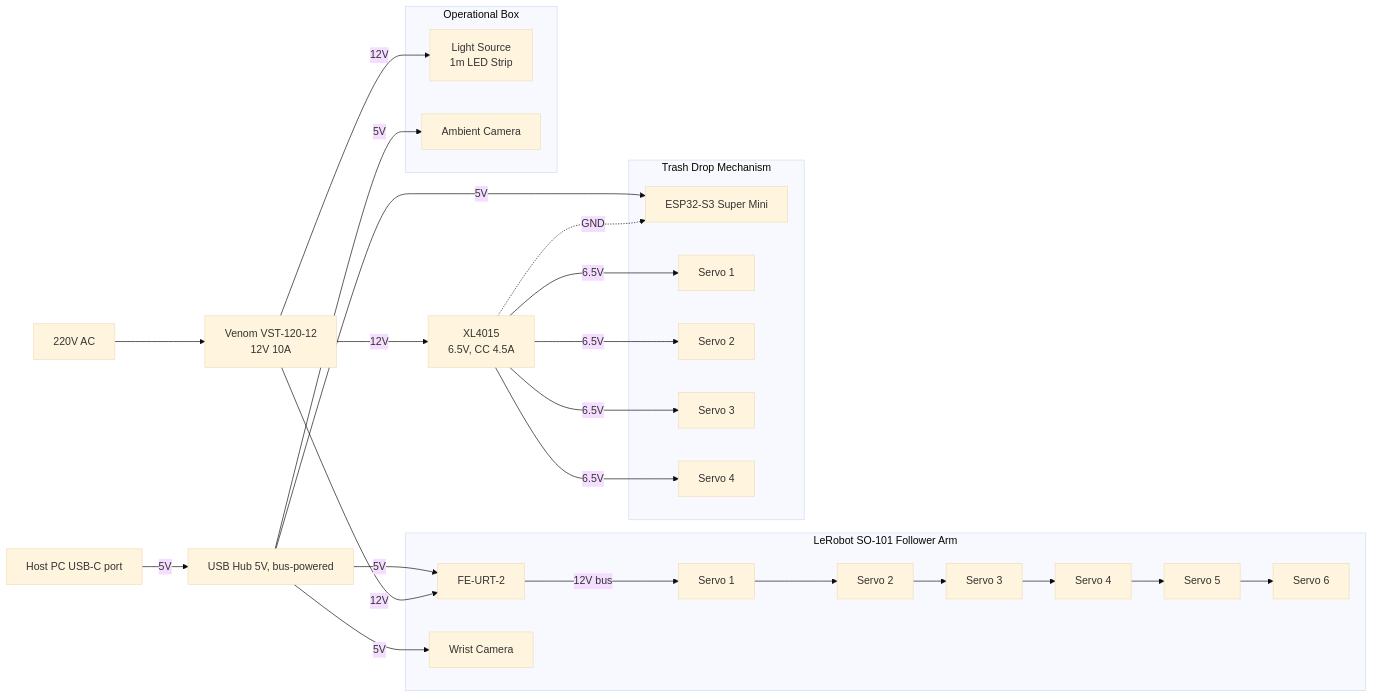
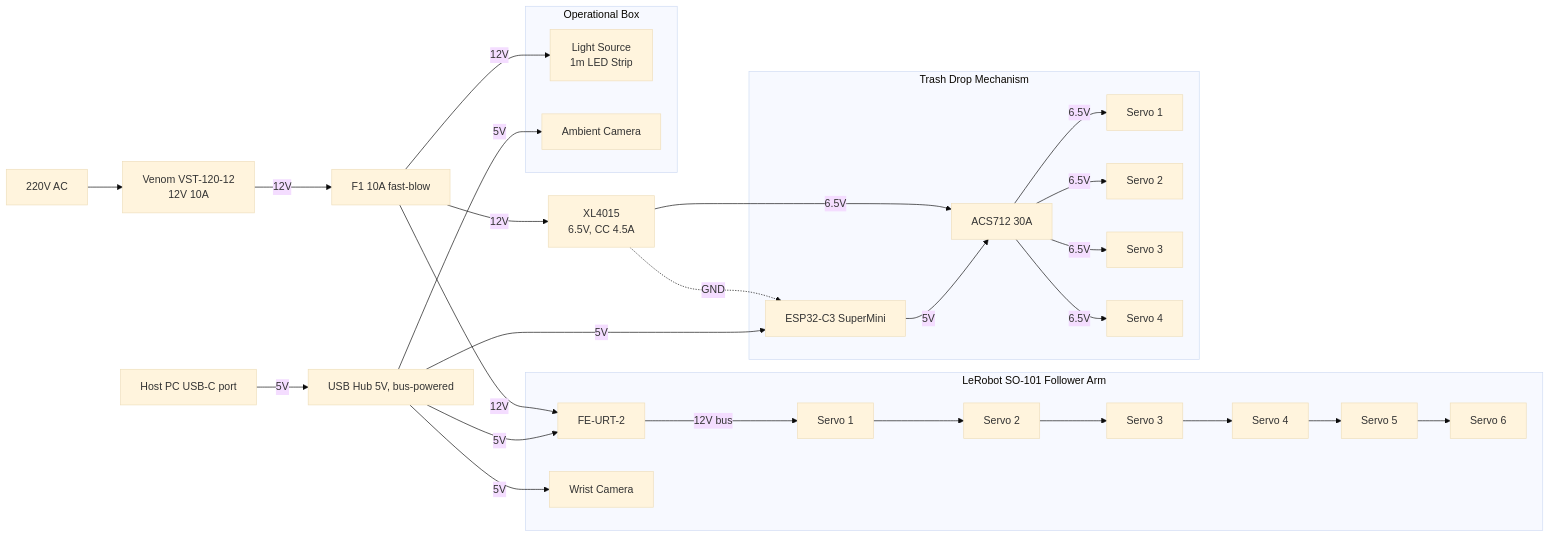
One commit to dark-neonus/Cleany_AI_Trash_Sorting_Robot changed the eighth of 8 diagrams in electronics/ELECTRONICS.md. Above: the diagram before and after it, drawn with Mermaid (base theme). The commit also changed other lines of this file and 1 other file, not shown here.

Commit message:
feat: fix esp32 wrong model and add pinout

````diff
--- a/electronics/ELECTRONICS.md
+++ b/electronics/ELECTRONICS.md
@@ -243,44 +313,49 @@
 ```mermaid
 flowchart LR
     MAINS[220V AC]
     PSU12[Venom VST-120-12<br/>12V 10A]
+    F1[F1 10A fast-blow]
     BUCK[XL4015<br/>6.5V, CC 4.5A]
     HOST[Host PC USB-C port]
     HUB[USB Hub 5V, bus-powered]
 
     MAINS --> PSU12
-    PSU12 -->|12V| BUCK
+    PSU12 -->|12V| F1
+    F1 -->|12V| BUCK
     HOST -->|5V| HUB
 
     subgraph ARM[LeRobot SO-101 Follower Arm]
         URT[FE-URT-2]
         WCAM[Wrist Camera]
         S1[Servo 1] --> S2[Servo 2] --> S3[Servo 3] --> S4[Servo 4] --> S5[Servo 5] --> S6[Servo 6]
     end
 
     subgraph BOX[Operational Box]
         LED[Light Source<br/>1m LED Strip]
         ACAM[Ambient Camera]
     end
 
     subgraph DROP[Trash Drop Mechanism]
-        ESP[ESP32-S3 Super Mini]
+        ESP[ESP32-C3 SuperMini]
+        ACS[ACS712 30A]
         D1[Servo 1]
         D2[Servo 2]
         D3[Servo 3]
         D4[Servo 4]
     end
 
     HUB -->|5V| URT
     HUB -->|5V| WCAM
     HUB -->|5V| ACAM
     HUB -->|5V| ESP
-    PSU12 -->|12V| URT
+    ESP -->|5V| ACS
+    F1 -->|12V| URT
     URT -->|12V bus| S1
-    PSU12 -->|12V| LED
-    BUCK -->|6.5V| D1
-    BUCK -->|6.5V| D2
-    BUCK -->|6.5V| D3
-    BUCK -->|6.5V| D4
+    F1 -->|12V| LED
+    BUCK -->|6.5V| ACS
+    ACS -->|6.5V| D1
+    ACS -->|6.5V| D2
+    ACS -->|6.5V| D3
+    ACS -->|6.5V| D4
     BUCK -.->|GND| ESP
 ```
````
